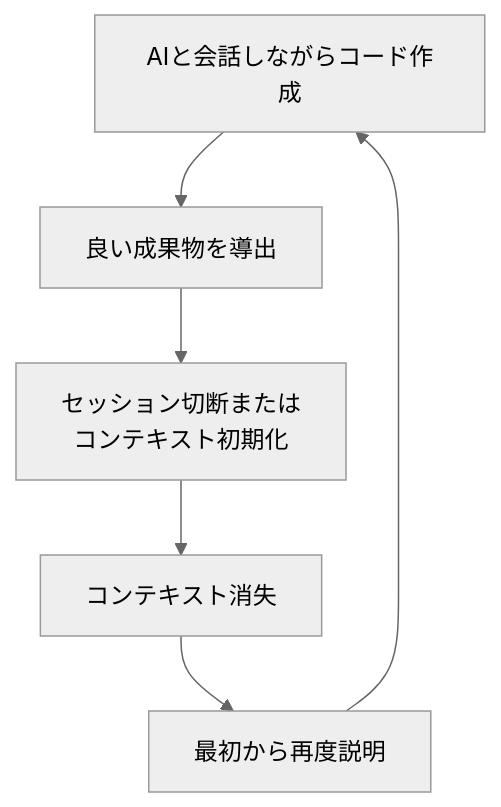
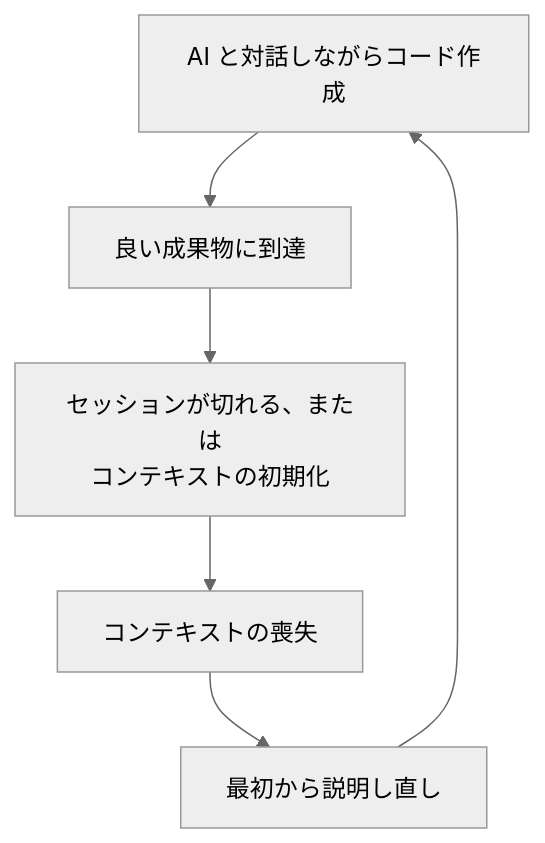
Before and after one commit to modu-ai/moai-adk: the first of 5 diagrams in docs-site/content/ja/core-concepts/what-is-moai-adk.md, drawn with Mermaid (neutral theme). The commit also changed other lines of this file and 395 other files, not shown here.

````diff
--- a/docs-site/content/ja/core-concepts/what-is-moai-adk.md
+++ b/docs-site/content/ja/core-concepts/what-is-moai-adk.md
@@ -56,8 +82,8 @@
 ```mermaid
 flowchart TD
-    A["AIと会話しながらコード作成"] --> B["良い成果物を導出"]
-    B --> C["セッション切断または\nコンテキスト初期化"]
-    C --> D["コンテキスト消失"]
-    D --> E["最初から再度説明"]
+    A["AI と対話しながらコード作成"] --> B["良い成果物に到達"]
+    B --> C["セッションが切れる、または\nコンテキストの初期化"]
+    C --> D["コンテキストの喪失"]
+    D --> E["最初から説明し直し"]
     E --> A
 ```
````
